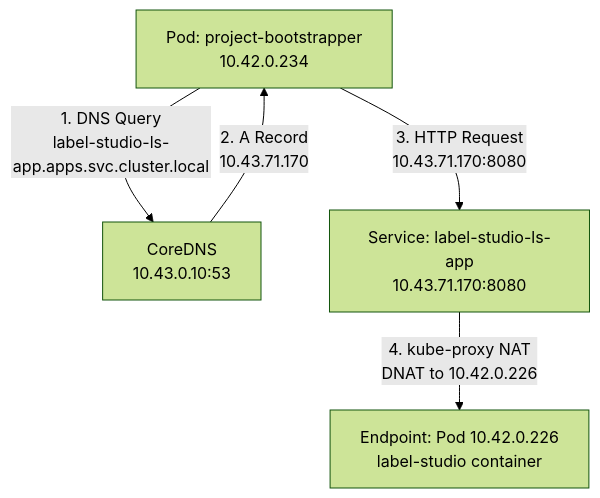
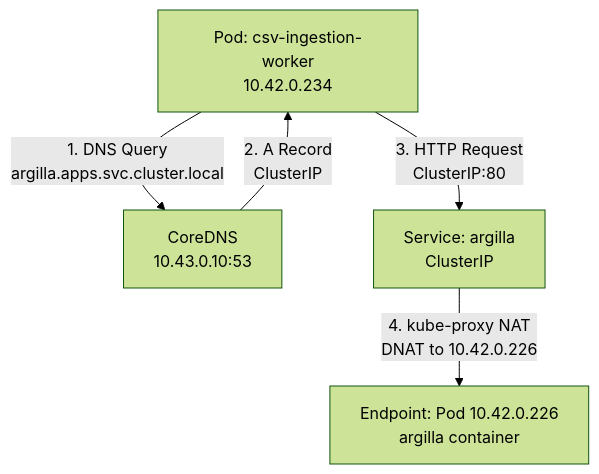
Diagram 11 of 16 in docs/architecture/NETWORK_ARCHITECTURE.md (goldfish-inc/deepseek-ocr-vllm), drawn with Mermaid (forest theme) before and after one commit. The commit also changed other lines of this file and 2 other files, not shown here.

First line of the commit message:
docs(architecture): update for Argilla migration and vessel-ner Workers

````diff
--- a/docs/architecture/NETWORK_ARCHITECTURE.md
+++ b/docs/architecture/NETWORK_ARCHITECTURE.md
@@ -570,12 +579,12 @@
 ```mermaid
 graph TB
-    POD[Pod: project-bootstrapper<br/>10.42.0.234]
+    POD[Pod: csv-ingestion-worker<br/>10.42.0.234]
     COREDNS[CoreDNS<br/>10.43.0.10:53]
-    SVCIP[Service: label-studio-ls-app<br/>10.43.71.170:8080]
-    ENDPOINT[Endpoint: Pod 10.42.0.226<br/>label-studio container]
+    SVCIP[Service: argilla<br/>ClusterIP]
+    ENDPOINT[Endpoint: Pod 10.42.0.226<br/>argilla container]
 
-    POD -->|1. DNS Query<br/>label-studio-ls-app.apps.svc.cluster.local| COREDNS
-    COREDNS -->|2. A Record<br/>10.43.71.170| POD
-    POD -->|3. HTTP Request<br/>10.43.71.170:8080| SVCIP
+    POD -->|1. DNS Query<br/>argilla.apps.svc.cluster.local| COREDNS
+    COREDNS -->|2. A Record<br/>ClusterIP| POD
+    POD -->|3. HTTP Request<br/>ClusterIP:80| SVCIP
     SVCIP -->|4. kube-proxy NAT<br/>DNAT to 10.42.0.226| ENDPOINT
 ```
````
